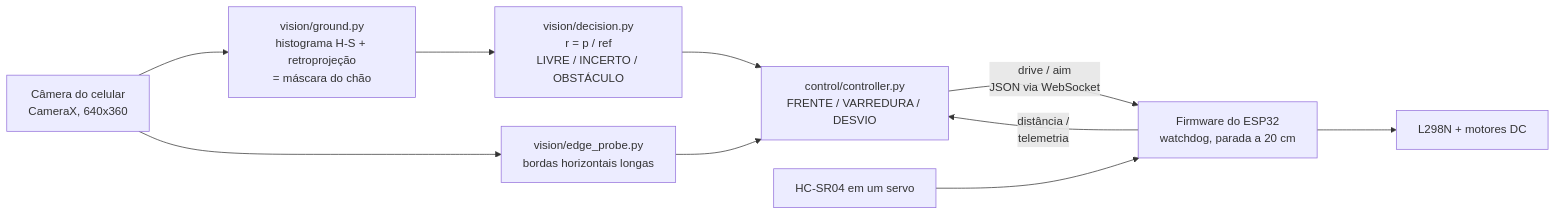
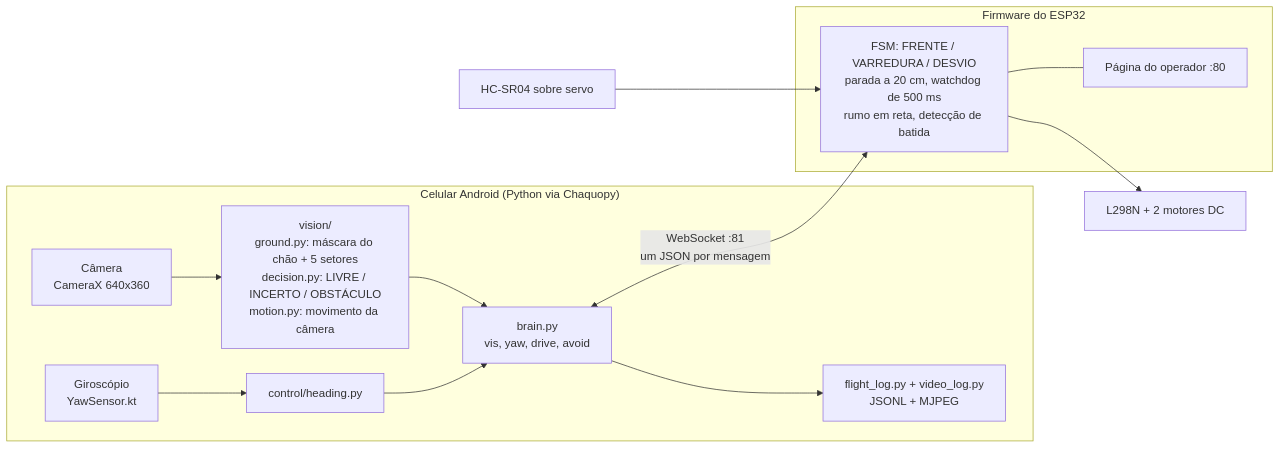
One commit to allvaret/esp32-self-driving-car changed the diagram in README.pt-BR.md. Above: the diagram before and after it, drawn with Mermaid. The commit also changed other lines of this file and 1 other file, not shown here.

Commit message:
docs(readme): reescreve README em ingles e pt-BR para o firmware 0.7.0 (arquitetura atual, resultados, pinagem, replicar, proximos passos)

````diff
--- a/README.pt-BR.md
+++ b/README.pt-BR.md
@@ -51,13 +37,19 @@
 ```mermaid
-%%{init: {"flowchart": {"nodeSpacing": 40, "rankSpacing": 110}}}%%
+%%{init: {"flowchart": {"nodeSpacing": 35, "rankSpacing": 70}}}%%
 flowchart LR
-    CAM["Câmera do celular<br/>CameraX, 640x360"] --> G["vision/ground.py<br/>histograma H-S + retroprojeção<br/>= máscara do chão"]
-    CAM --> E["vision/edge_probe.py<br/>bordas horizontais longas"]
-    G --> D["vision/decision.py<br/>r = p / ref<br/>LIVRE / INCERTO / OBSTÁCULO"]
-    D --> C["control/controller.py<br/>FRENTE / VARREDURA / DESVIO"]
-    E --> C
-    C -- "drive / aim<br/>JSON via WebSocket" --> F["Firmware do ESP32<br/>watchdog, parada a 20 cm"]
-    F -- "distância /<br/>telemetria" --> C
-    F --> M["L298N + motores DC"]
-    S["HC-SR04 em um servo"] --> F
+    subgraph PHONE["Celular Android (Python via Chaquopy)"]
+        CAM["Câmera<br/>CameraX 640x360"] --> V["vision/<br/>ground.py: máscara do chão + 5 setores<br/>decision.py: LIVRE / INCERTO / OBSTÁCULO<br/>motion.py: movimento da câmera"]
+        GYR["Giroscópio<br/>YawSensor.kt"] --> H["control/heading.py"]
+        V --> B["brain.py<br/>vis, yaw, drive, avoid"]
+        H --> B
+        B --> LOG["flight_log.py + video_log.py<br/>JSONL + MJPEG"]
+    end
+    B <-- "WebSocket :81<br/>um JSON por mensagem" --> FW
+    subgraph ESP["Firmware do ESP32"]
+        FW["FSM: FRENTE / VARREDURA / DESVIO<br/>parada a 20 cm, watchdog de 500 ms<br/>rumo em reta, detecção de batida"]
+        WEB["Página do operador :80"]
+    end
+    SON["HC-SR04 sobre servo"] --> FW
+    FW --> MOT["L298N + 2 motores DC"]
+    FW --- WEB
 ```
````
